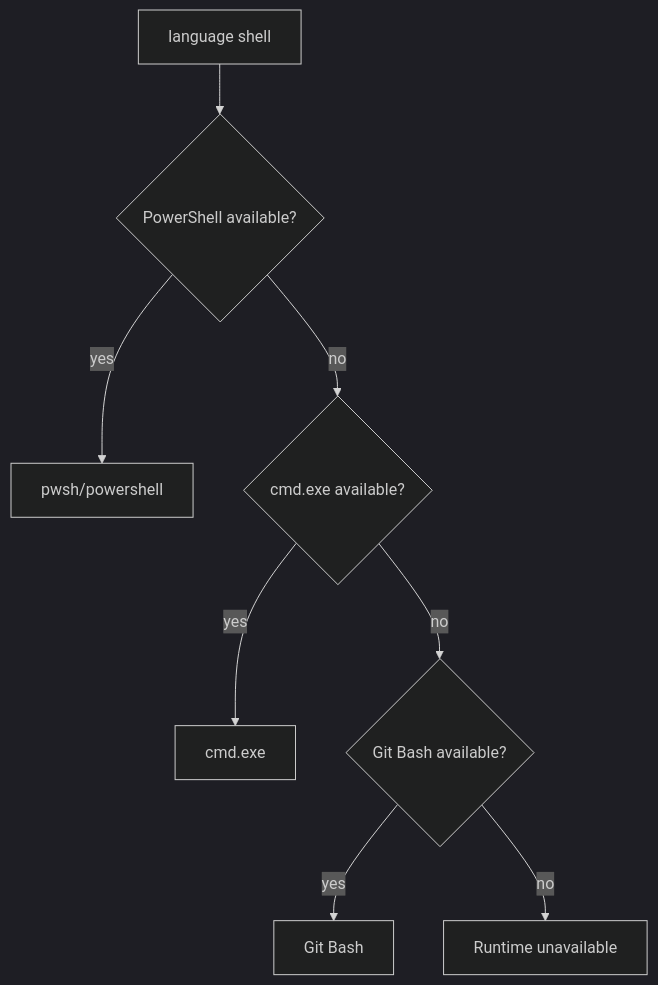
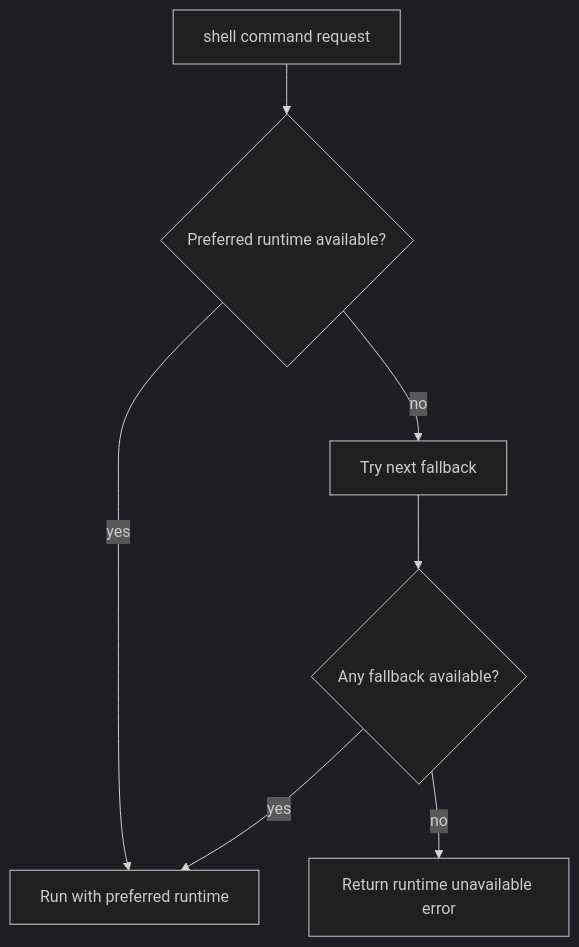
The second of 2 diagrams in howitworks.md (kasupsri/context-mode-universal), drawn with Mermaid (dark theme) before and after one commit. The commit also changed other lines of this file and 39 other files, not shown here.

````diff
--- a/howitworks.md
+++ b/howitworks.md
@@ -23,10 +32,9 @@
 ```mermaid
 flowchart TD
-    R[language shell] --> P{PowerShell available?}
-    P -->|yes| PS[pwsh/powershell]
-    P -->|no| C{cmd.exe available?}
-    C -->|yes| CMD[cmd.exe]
-    C -->|no| B{Git Bash available?}
-    B -->|yes| GB[Git Bash]
-    B -->|no| X[Runtime unavailable]
+    R[shell command request] --> P{Preferred runtime available?}
+    P -->|yes| OK[Run with preferred runtime]
+    P -->|no| F1[Try next fallback]
+    F1 --> F2{Any fallback available?}
+    F2 -->|yes| OK
+    F2 -->|no| X[Return runtime unavailable error]
 ```
````
